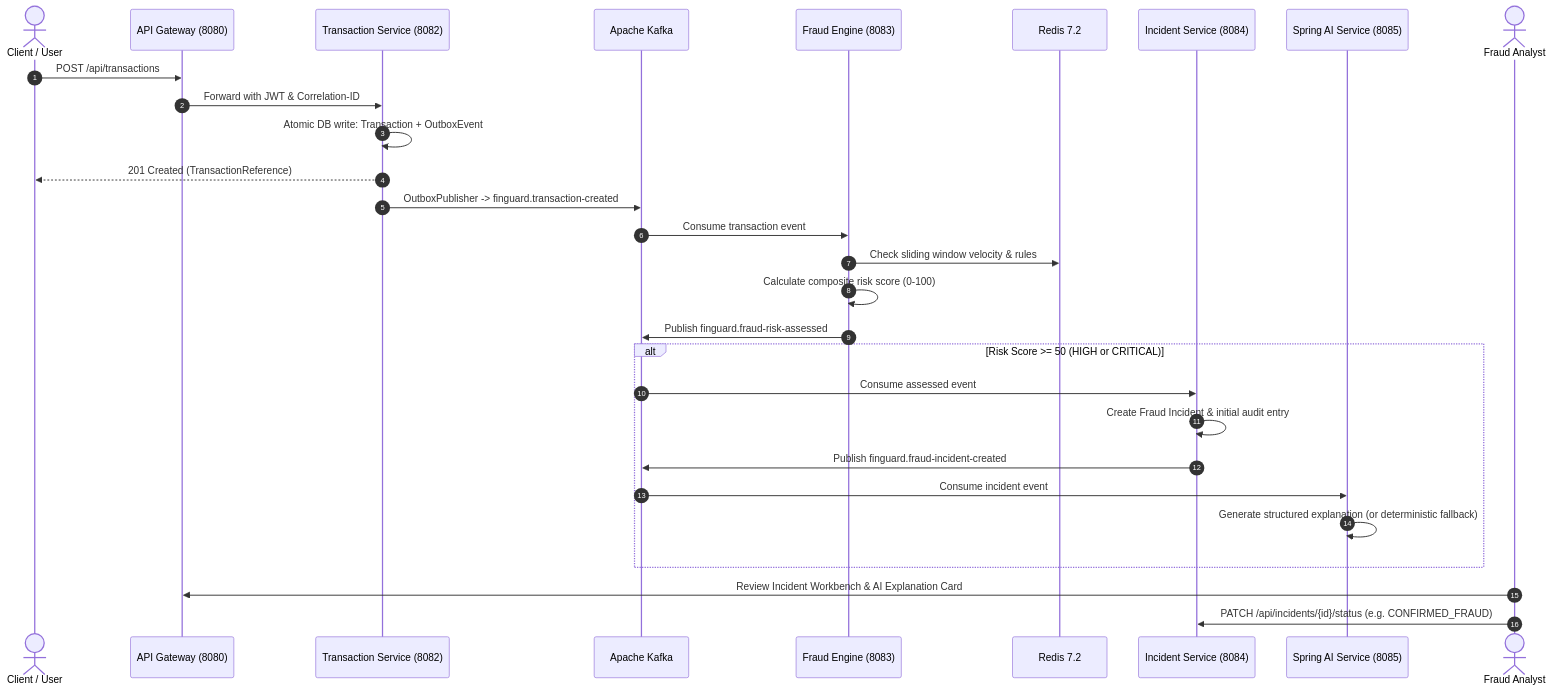
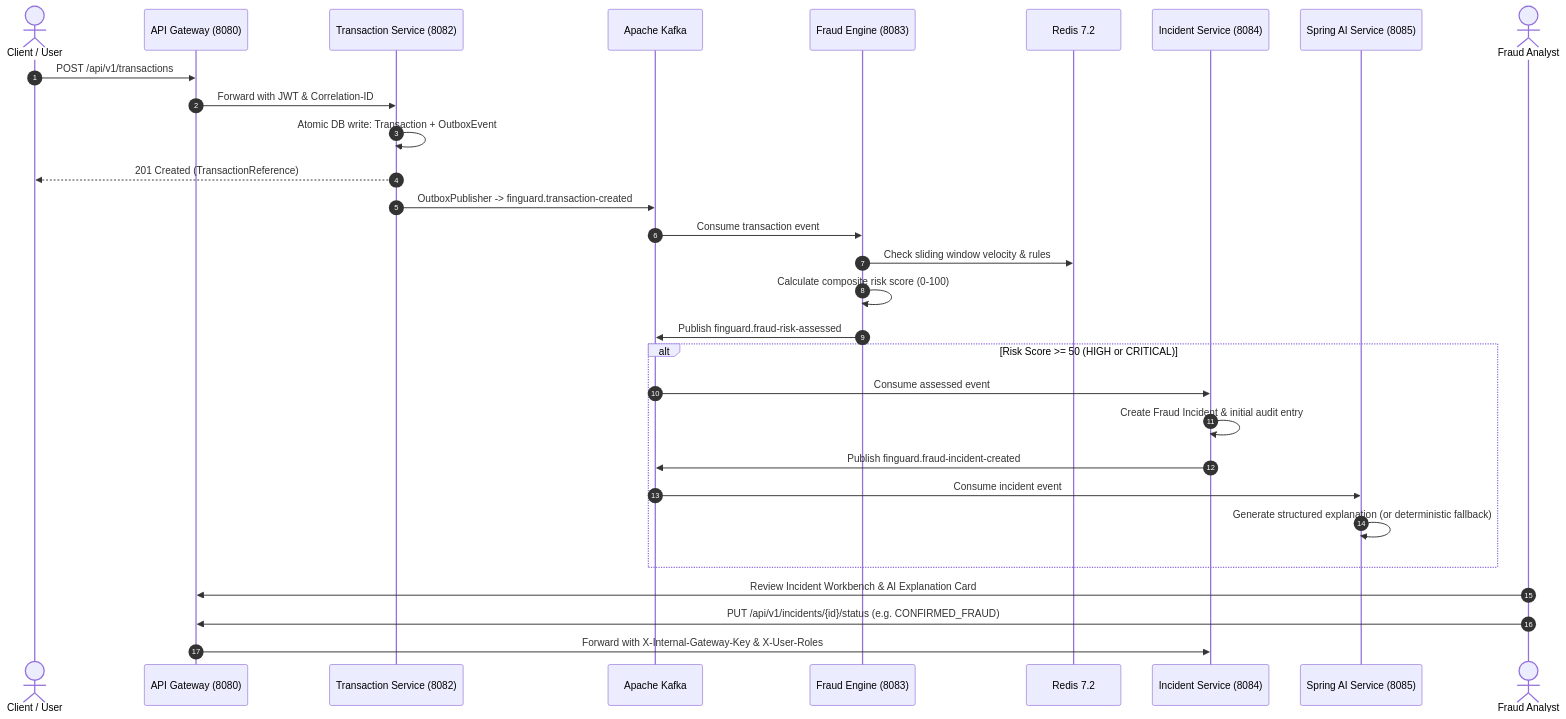
The second of 2 diagrams in README.md (siddhikhalate/finguard-platform), drawn with Mermaid before and after one commit. The commit also changed other lines of this file and 2 other files, not shown here.

````diff
--- a/README.md
+++ b/README.md
@@ -55,32 +61,33 @@
 ```mermaid
 sequenceDiagram
     autonumber
     actor User as Client / User
     participant GW as API Gateway (8080)
     participant TX as Transaction Service (8082)
     participant K as Apache Kafka
     participant FD as Fraud Engine (8083)
     participant RD as Redis 7.2
     participant IM as Incident Service (8084)
     participant AI as Spring AI Service (8085)
     actor Analyst as Fraud Analyst
 
-    User->>GW: POST /api/transactions
+    User->>GW: POST /api/v1/transactions
     GW->>TX: Forward with JWT & Correlation-ID
     TX->>TX: Atomic DB write: Transaction + OutboxEvent
     TX-->>User: 201 Created (TransactionReference)
     TX->>K: OutboxPublisher -> finguard.transaction-created
     K->>FD: Consume transaction event
     FD->>RD: Check sliding window velocity & rules
     FD->>FD: Calculate composite risk score (0-100)
     FD->>K: Publish finguard.fraud-risk-assessed
     alt Risk Score >= 50 (HIGH or CRITICAL)
         K->>IM: Consume assessed event
         IM->>IM: Create Fraud Incident & initial audit entry
         IM->>K: Publish finguard.fraud-incident-created
         K->>AI: Consume incident event
         AI->>AI: Generate structured explanation (or deterministic fallback)
     end
     Analyst->>GW: Review Incident Workbench & AI Explanation Card
-    Analyst->>IM: PATCH /api/incidents/{id}/status (e.g. CONFIRMED_FRAUD)
+    Analyst->>GW: PUT /api/v1/incidents/{id}/status (e.g. CONFIRMED_FRAUD)
+    GW->>IM: Forward with X-Internal-Gateway-Key & X-User-Roles
 ```
````
